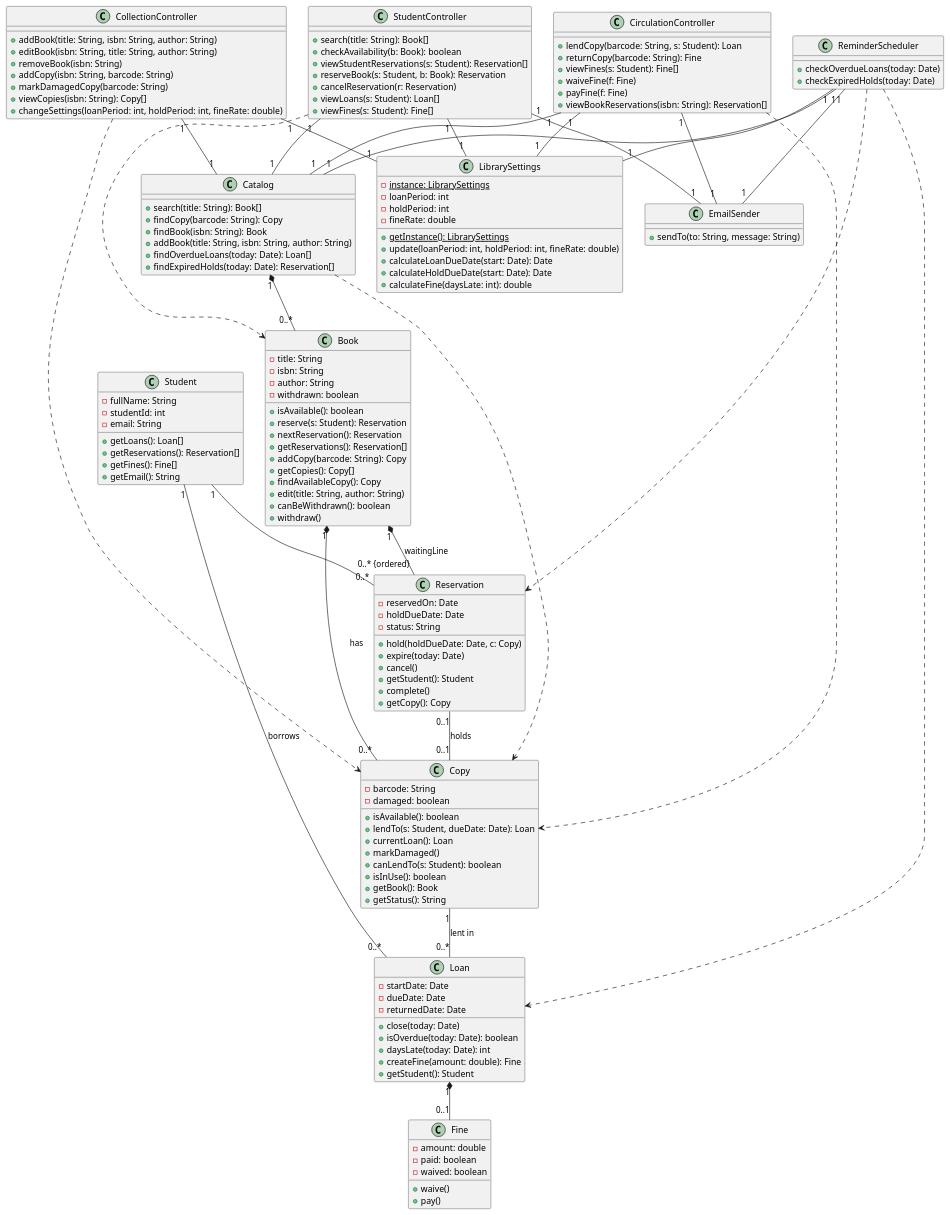
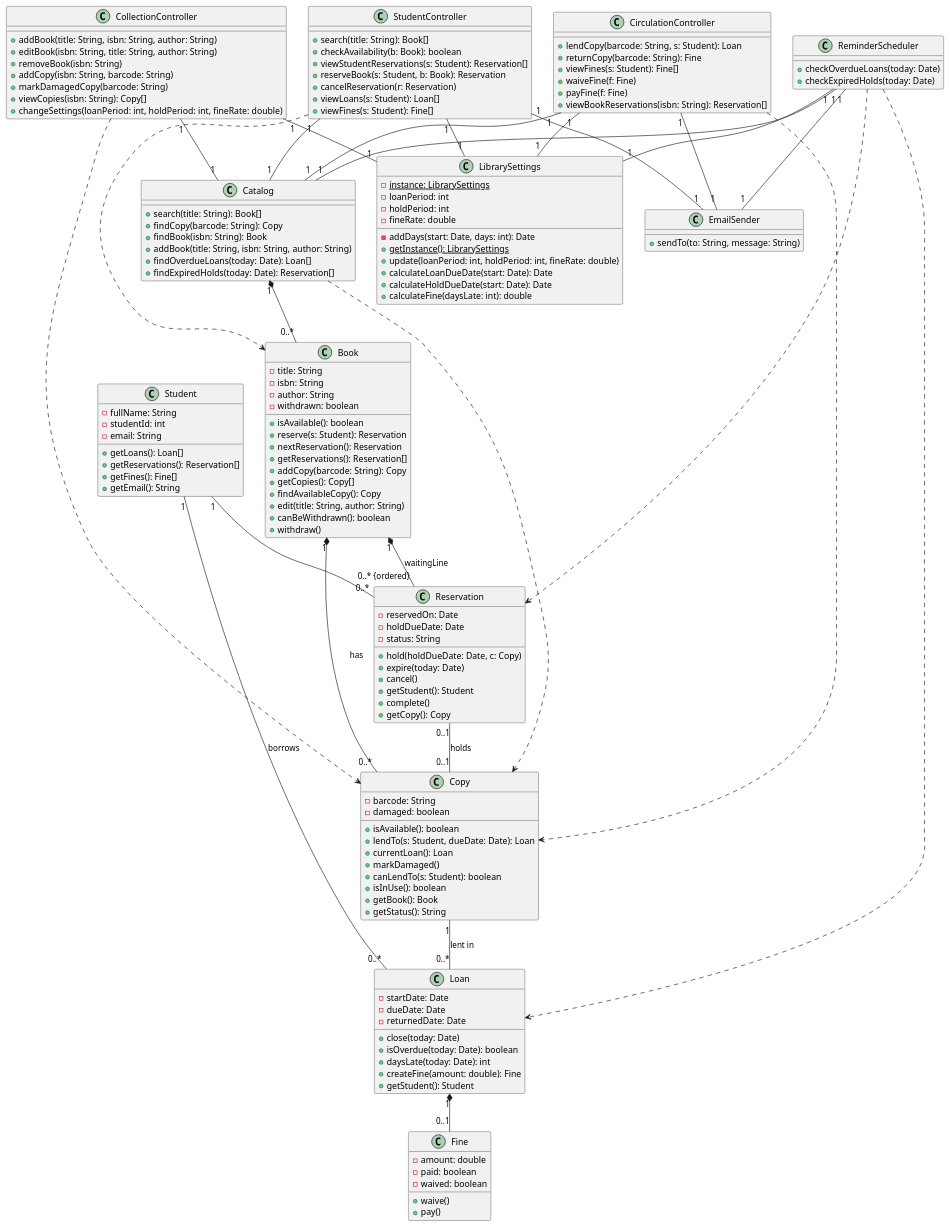
The diagram in docs/uml/class-diagram.puml (erionelezaj/LibrarySystem-SW-Design-Principles), drawn with PlantUML before and after one commit. The commit also changed 4 other files, not shown here.

```diff
--- a/docs/uml/class-diagram.puml
+++ b/docs/uml/class-diagram.puml
@@ -1,172 +1,173 @@
 @startuml LibrarySystem
 
 class CollectionController {
     + addBook(title: String, isbn: String, author: String)
     + editBook(isbn: String, title: String, author: String)
     + removeBook(isbn: String)
     + addCopy(isbn: String, barcode: String)
     + markDamagedCopy(barcode: String)
     + viewCopies(isbn: String): Copy[]
     + changeSettings(loanPeriod: int, holdPeriod: int, fineRate: double)
 }
 
 class StudentController {
     + search(title: String): Book[]
     + checkAvailability(b: Book): boolean
     + viewStudentReservations(s: Student): Reservation[]
     + reserveBook(s: Student, b: Book): Reservation
     + cancelReservation(r: Reservation)
     + viewLoans(s: Student): Loan[]
     + viewFines(s: Student): Fine[]
 
 }
 
 class CirculationController {
     + lendCopy(barcode: String, s: Student): Loan
     + returnCopy(barcode: String): Fine
     + viewFines(s: Student): Fine[]
     + waiveFine(f: Fine)
     + payFine(f: Fine)
     + viewBookReservations(isbn: String): Reservation[]
 }
 
 class ReminderScheduler {
     + checkOverdueLoans(today: Date)
     + checkExpiredHolds(today: Date)
 }
 
 class EmailSender {
     + sendTo(to: String, message: String)
 }
 
 class Catalog {
     + search(title: String): Book[]
     + findCopy(barcode: String): Copy
     + findBook(isbn: String): Book
     + addBook(title: String, isbn: String, author: String)
     + findOverdueLoans(today: Date): Loan[]
     + findExpiredHolds(today: Date): Reservation[]
 }
 
 class LibrarySettings {
     - {static}instance: LibrarySettings
     - loanPeriod: int
     - holdPeriod: int
     - fineRate: double
+    - addDays(start: Date, days: int): Date 
     + {static} getInstance(): LibrarySettings
     + update(loanPeriod: int, holdPeriod: int, fineRate: double)
     + calculateLoanDueDate(start: Date): Date
     + calculateHoldDueDate(start: Date): Date
     + calculateFine(daysLate: int): double
 }
 
 class Book {
     - title: String
     - isbn: String
     - author: String
     - withdrawn: boolean
     + isAvailable(): boolean
     + reserve(s: Student): Reservation
     + nextReservation(): Reservation
     + getReservations(): Reservation[]
     + addCopy(barcode: String): Copy
     + getCopies(): Copy[]
     + findAvailableCopy(): Copy
     + edit(title: String, author: String)
     + canBeWithdrawn(): boolean
     + withdraw()
 }
 
 class Student {
     - fullName: String
     - studentId: int
     - email: String
     + getLoans(): Loan[]
     + getReservations(): Reservation[]
     + getFines(): Fine[]
     + getEmail(): String
 }
 
 class Reservation {
     - reservedOn: Date
     - holdDueDate: Date
     - status: String
     + hold(holdDueDate: Date, c: Copy)
     + expire(today: Date)
     + cancel()
     + getStudent(): Student
     + complete()
     + getCopy(): Copy
 }
 
 class Copy {
     - barcode: String
     - damaged: boolean
     + isAvailable(): boolean
     + lendTo(s: Student, dueDate: Date): Loan
     + currentLoan(): Loan
     + markDamaged()
     + canLendTo(s: Student): boolean
     + isInUse(): boolean
     + getBook(): Book
     + getStatus(): String
 }
 
 class Loan {
     - startDate: Date
     - dueDate: Date
     - returnedDate: Date
     + close(today: Date)
     + isOverdue(today: Date): boolean
     + daysLate(today: Date): int
     + createFine(amount: double): Fine
     + getStudent(): Student
 }
 
 class Fine {
     - amount: double
     - paid: boolean
     - waived: boolean
     + waive()
     + pay()
 }
 
 
 StudentController "1" -- "1" EmailSender
 CirculationController "1" -- "1" EmailSender
 
 StudentController "1" -- "1" Catalog
 CirculationController "1" -- "1" Catalog
 CollectionController "1" -- "1" Catalog
 
 StudentController "1" -- "1" LibrarySettings
 CirculationController "1" -- "1" LibrarySettings
 CollectionController "1" -- "1" LibrarySettings
 
 
 StudentController ..> Book
 
 
 CollectionController ..> Copy
 CirculationController ..> Copy
 
 ReminderScheduler "1" -- "1" EmailSender
 ReminderScheduler "1" -- "1" Catalog
 ReminderScheduler "1" -- "1" LibrarySettings
 ReminderScheduler ..> Loan
 ReminderScheduler ..> Reservation
 
 Catalog "1" *-- "0..*" Book
 Catalog ..> Copy
 
 Book "1" *-- "0..* {ordered}" Reservation : waitingLine
 Book "1" *-- "0..*" Copy : has
 Reservation "0..1" -- "0..1" Copy : holds
 
 Student "1" -- "0..*" Reservation
 Student "1" -- "0..*" Loan : borrows
 
 Copy "1" -- "0..*" Loan : lent in
 Loan "1" *-- "0..1" Fine
 
 @enduml
```
